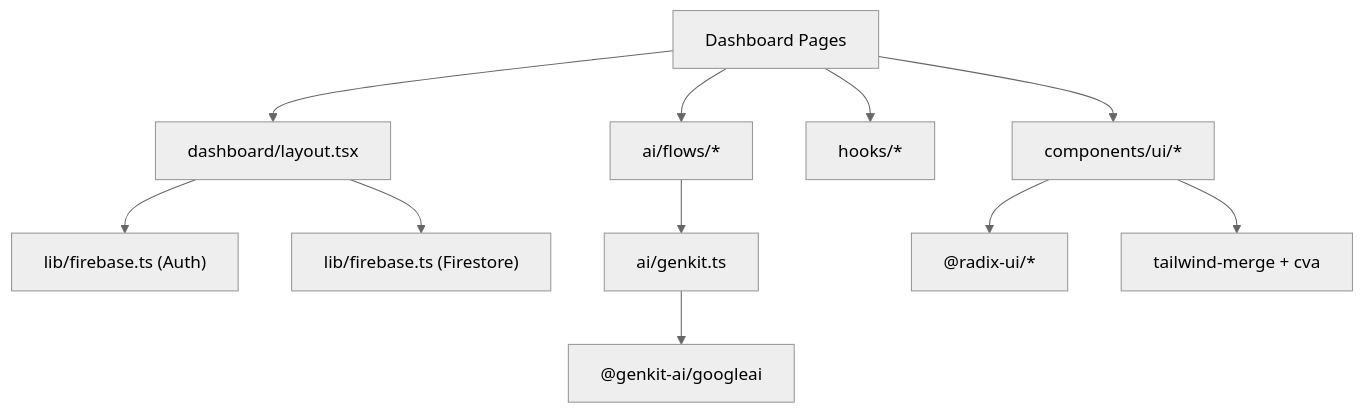
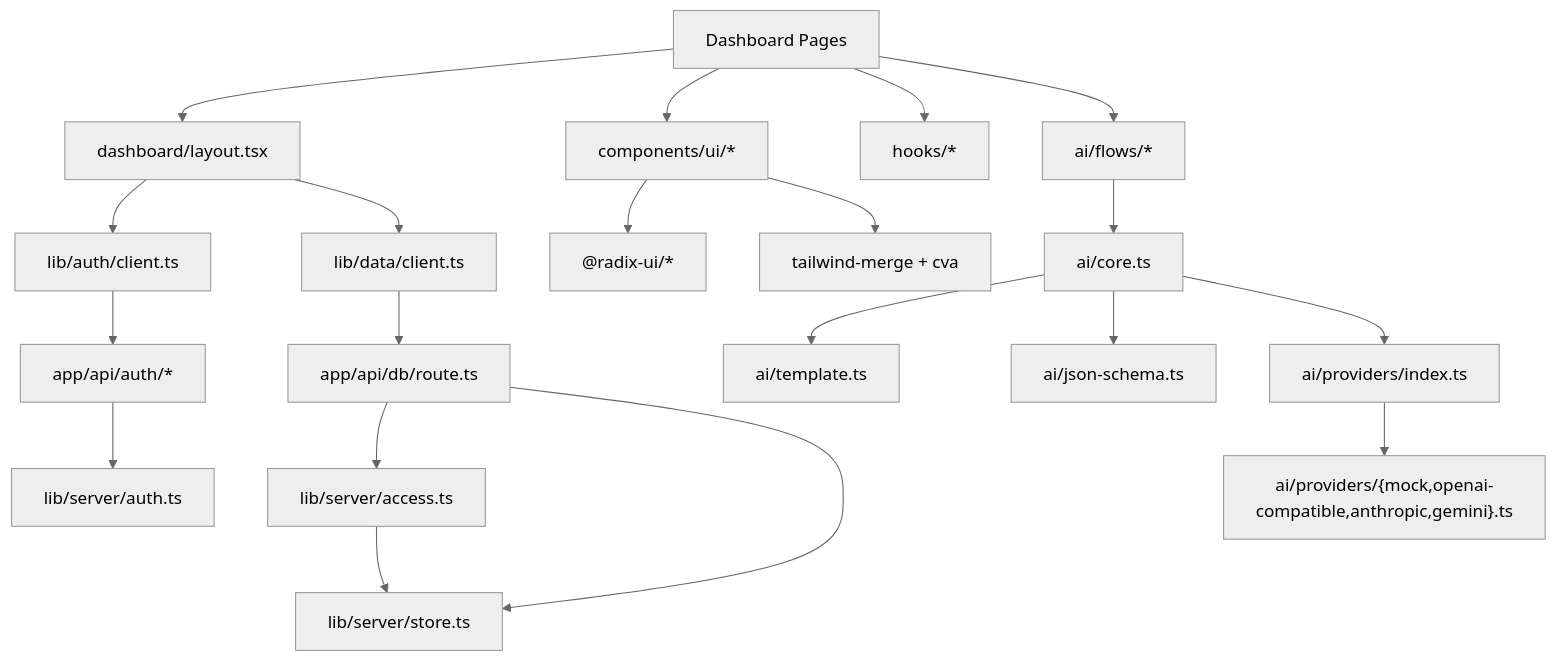
The seventh of 7 diagrams in docs/architecture/README.md (knotking/healthgeek), drawn with Mermaid (neutral theme) before and after one commit. The commit also changed other lines of this file and 67 other files, not shown here.

````diff
--- a/docs/architecture/README.md
+++ b/docs/architecture/README.md
@@ -253,16 +276,26 @@
 ```mermaid
 graph TD
-    Layout["dashboard/layout.tsx"] --> Auth["lib/firebase.ts (Auth)"]
-    Layout --> DB["lib/firebase.ts (Firestore)"]
+    Layout["dashboard/layout.tsx"] --> Auth["lib/auth/client.ts"]
+    Layout --> DB["lib/data/client.ts"]
 
     Pages["Dashboard Pages"] --> Layout
     Pages --> UIComponents["components/ui/*"]
     Pages --> Hooks["hooks/*"]
     Pages --> AIFlows["ai/flows/*"]
 
-    AIFlows --> GenkitConfig["ai/genkit.ts"]
-    GenkitConfig --> GoogleAI["@genkit-ai/googleai"]
+    Auth --> AuthRoutes["app/api/auth/*"]
+    DB --> DbRoute["app/api/db/route.ts"]
+    AuthRoutes --> ServerAuth["lib/server/auth.ts"]
+    DbRoute --> AccessRules["lib/server/access.ts"]
+    DbRoute --> Store["lib/server/store.ts"]
+    AccessRules --> Store
+
+    AIFlows --> AiCore["ai/core.ts"]
+    AiCore --> Template["ai/template.ts"]
+    AiCore --> Schema["ai/json-schema.ts"]
+    AiCore --> ProviderRegistry["ai/providers/index.ts"]
+    ProviderRegistry --> Adapters["ai/providers/{mock,openai-compatible,anthropic,gemini}.ts"]
 
     UIComponents --> Radix["@radix-ui/*"]
     UIComponents --> Tailwind["tailwind-merge + cva"]
 ```
````
